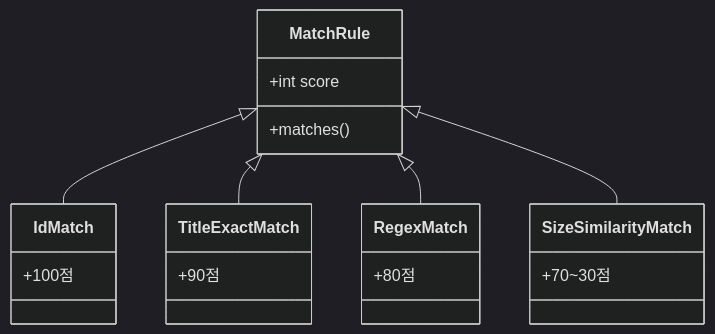
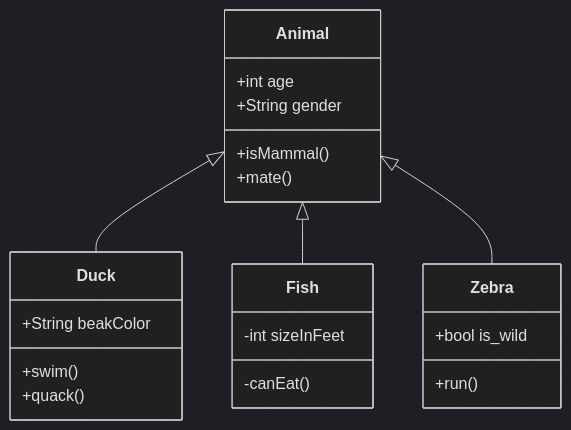
The third of 3 diagrams in Projects/m2Slide_single_mode/m2SlideStyle.md (Finfra/m2slide), drawn with Mermaid (dark theme) before and after one commit. The commit also changed other lines of this file and 11 other files, not shown here.

````diff
--- a/Projects/m2Slide_single_mode/m2SlideStyle.md
+++ b/Projects/m2Slide_single_mode/m2SlideStyle.md
@@ -141,21 +123,23 @@
 ```mermaid
 classDiagram
-    MatchRule <|-- IdMatch
-    MatchRule <|-- TitleExactMatch
-    MatchRule <|-- RegexMatch
-    MatchRule <|-- SizeSimilarityMatch
-    MatchRule : +int score
-    MatchRule : +matches()
-    class IdMatch{
-        +100점
+    Animal <|-- Duck
+    Animal <|-- Fish
+    Animal <|-- Zebra
+    Animal : +int age
+    Animal : +String gender
+    Animal : +isMammal()
+    Animal : +mate()
+    class Duck{
+        +String beakColor
+        +swim()
+        +quack()
     }
-    class TitleExactMatch{
-        +90점
+    class Fish{
+        -int sizeInFeet
+        -canEat()
     }
-    class RegexMatch{
-        +80점
-    }
-    class SizeSimilarityMatch{
-        +70~30점
+    class Zebra{
+        +bool is_wild
+        +run()
     }
 ```
````
